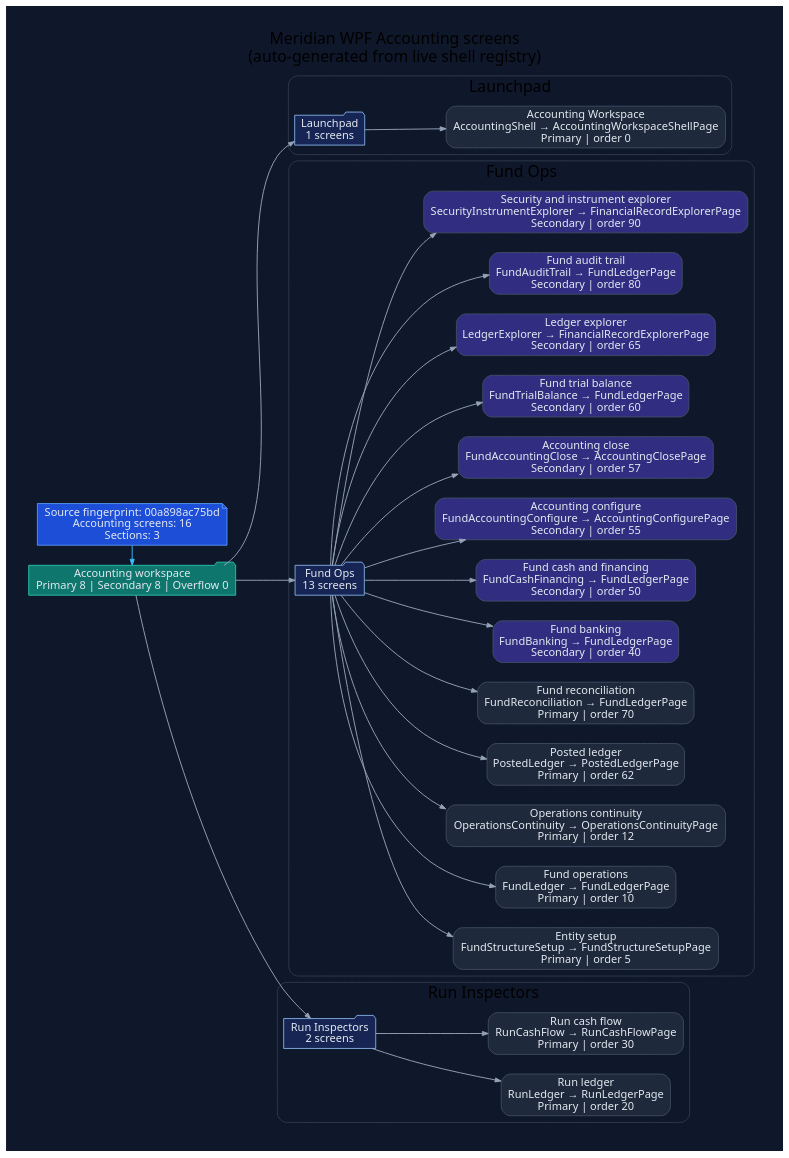
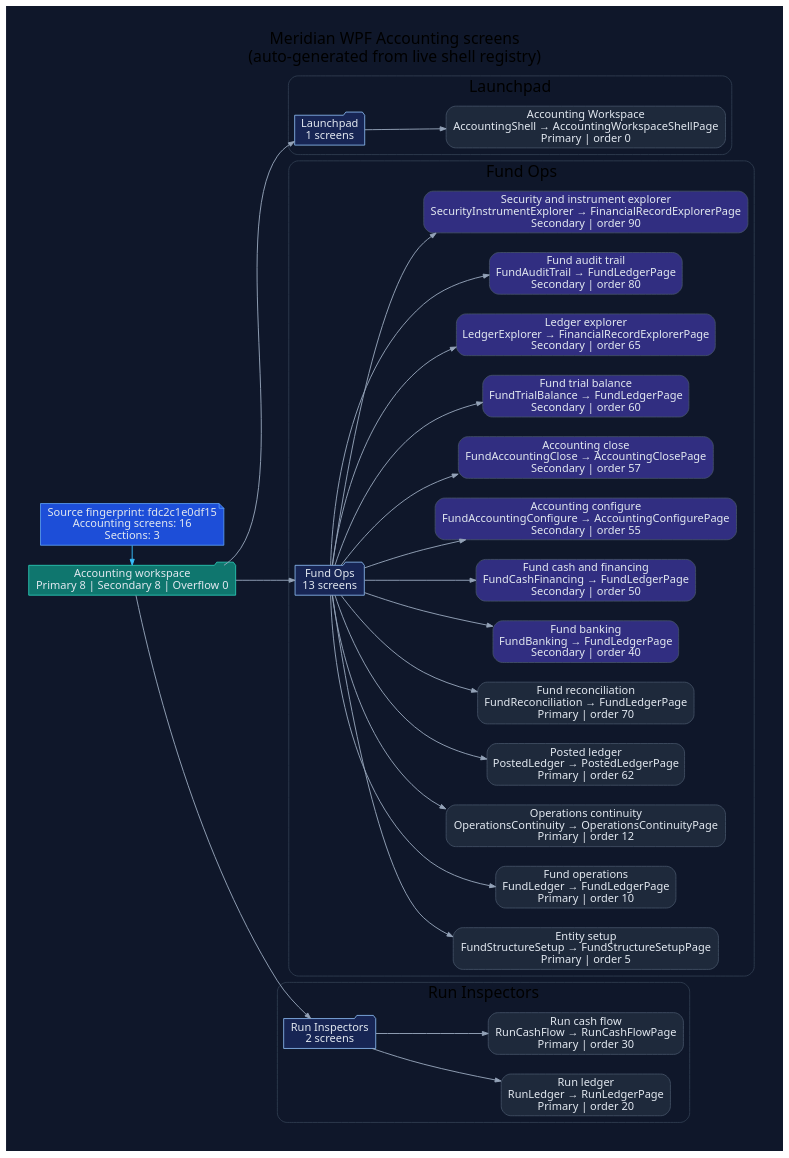
The diagram in docs/diagrams/ui-wpf-screens-accounting.dot (rodoHasArrived/Meridian-main), drawn with Graphviz before and after one commit. The commit also changed 86 other files, not shown here.

```diff
--- a/docs/diagrams/ui-wpf-screens-accounting.dot
+++ b/docs/diagrams/ui-wpf-screens-accounting.dot
@@ -1,82 +1,82 @@
 // -----------------------------------------------------------------------------
 // <auto-generated>
 // Generated by scripts/generate-diagrams.mjs.
 // Do not edit this file directly; update the WPF source files instead.
 // -----------------------------------------------------------------------------
 digraph WpfAccountingScreens {
   graph [
     rankdir=LR,
     labelloc=t,
     label="Meridian WPF Accounting screens\n(auto-generated from live shell registry)",
     fontname="Segoe UI",
     fontsize=20,
     pad=0.4,
     nodesep=0.35,
     ranksep=0.85,
     bgcolor="#0f172a"
   ];
   node [fontname="Segoe UI", shape=box, style="rounded,filled", color="#475569", fontcolor="#e2e8f0", fillcolor="#1e293b"];
   edge [fontname="Segoe UI", color="#94a3b8", penwidth=1.2, arrowsize=0.75];
 
-  generated [shape=note, fillcolor="#1d4ed8", color="#60a5fa", label="Source fingerprint: 00a898ac75bd\nAccounting screens: 16\nSections: 3"];
+  generated [shape=note, fillcolor="#1d4ed8", color="#60a5fa", label="Source fingerprint: fdc2c1e0df15\nAccounting screens: 16\nSections: 3"];
   workspace [shape=folder, fillcolor="#0f766e", color="#2dd4bf", label="Accounting workspace\nPrimary 8 | Secondary 8 | Overflow 0"];
   generated -> workspace [color="#38bdf8"];
 
   subgraph cluster_section_1 {
     label="Launchpad";
     color="#334155";
     style="rounded";
     section_1 [shape=folder, fillcolor="#172554", color="#93c5fd", label="Launchpad\n1 screens"];
     workspace -> section_1;
     screen_AccountingShell [fillcolor="#1e293b", label="Accounting Workspace\nAccountingShell → AccountingWorkspaceShellPage\nPrimary | order 0"];
     section_1 -> screen_AccountingShell;
   }
 
   subgraph cluster_section_2 {
     label="Fund Ops";
     color="#334155";
     style="rounded";
     section_2 [shape=folder, fillcolor="#172554", color="#93c5fd", label="Fund Ops\n13 screens"];
     workspace -> section_2;
     screen_FundStructureSetup [fillcolor="#1e293b", label="Entity setup\nFundStructureSetup → FundStructureSetupPage\nPrimary | order 5"];
     section_2 -> screen_FundStructureSetup;
     screen_FundLedger [fillcolor="#1e293b", label="Fund operations\nFundLedger → FundLedgerPage\nPrimary | order 10"];
     section_2 -> screen_FundLedger;
     screen_OperationsContinuity [fillcolor="#1e293b", label="Operations continuity\nOperationsContinuity → OperationsContinuityPage\nPrimary | order 12"];
     section_2 -> screen_OperationsContinuity;
     screen_PostedLedger [fillcolor="#1e293b", label="Posted ledger\nPostedLedger → PostedLedgerPage\nPrimary | order 62"];
     section_2 -> screen_PostedLedger;
     screen_FundReconciliation [fillcolor="#1e293b", label="Fund reconciliation\nFundReconciliation → FundLedgerPage\nPrimary | order 70"];
     section_2 -> screen_FundReconciliation;
     screen_FundBanking [fillcolor="#312e81", label="Fund banking\nFundBanking → FundLedgerPage\nSecondary | order 40"];
     section_2 -> screen_FundBanking;
     screen_FundCashFinancing [fillcolor="#312e81", label="Fund cash and financing\nFundCashFinancing → FundLedgerPage\nSecondary | order 50"];
     section_2 -> screen_FundCashFinancing;
     screen_FundAccountingConfigure [fillcolor="#312e81", label="Accounting configure\nFundAccountingConfigure → AccountingConfigurePage\nSecondary | order 55"];
     section_2 -> screen_FundAccountingConfigure;
     screen_FundAccountingClose [fillcolor="#312e81", label="Accounting close\nFundAccountingClose → AccountingClosePage\nSecondary | order 57"];
     section_2 -> screen_FundAccountingClose;
     screen_FundTrialBalance [fillcolor="#312e81", label="Fund trial balance\nFundTrialBalance → FundLedgerPage\nSecondary | order 60"];
     section_2 -> screen_FundTrialBalance;
     screen_LedgerExplorer [fillcolor="#312e81", label="Ledger explorer\nLedgerExplorer → FinancialRecordExplorerPage\nSecondary | order 65"];
     section_2 -> screen_LedgerExplorer;
     screen_FundAuditTrail [fillcolor="#312e81", label="Fund audit trail\nFundAuditTrail → FundLedgerPage\nSecondary | order 80"];
     section_2 -> screen_FundAuditTrail;
     screen_SecurityInstrumentExplorer [fillcolor="#312e81", label="Security and instrument explorer\nSecurityInstrumentExplorer → FinancialRecordExplorerPage\nSecondary | order 90"];
     section_2 -> screen_SecurityInstrumentExplorer;
   }
 
   subgraph cluster_section_3 {
     label="Run Inspectors";
     color="#334155";
     style="rounded";
     section_3 [shape=folder, fillcolor="#172554", color="#93c5fd", label="Run Inspectors\n2 screens"];
     workspace -> section_3;
     screen_RunLedger [fillcolor="#1e293b", label="Run ledger\nRunLedger → RunLedgerPage\nPrimary | order 20"];
     section_3 -> screen_RunLedger;
     screen_RunCashFlow [fillcolor="#1e293b", label="Run cash flow\nRunCashFlow → RunCashFlowPage\nPrimary | order 30"];
     section_3 -> screen_RunCashFlow;
   }
 
   { rank=min; generated; workspace; }
 }
```
